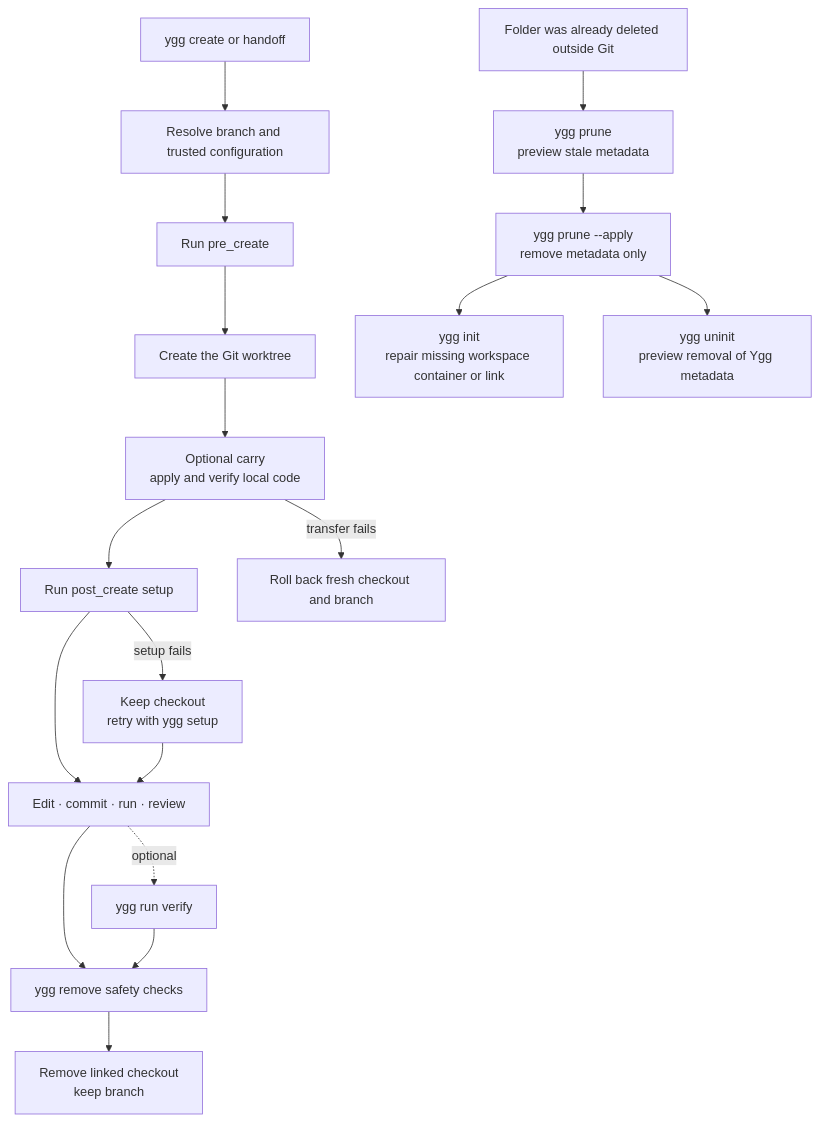
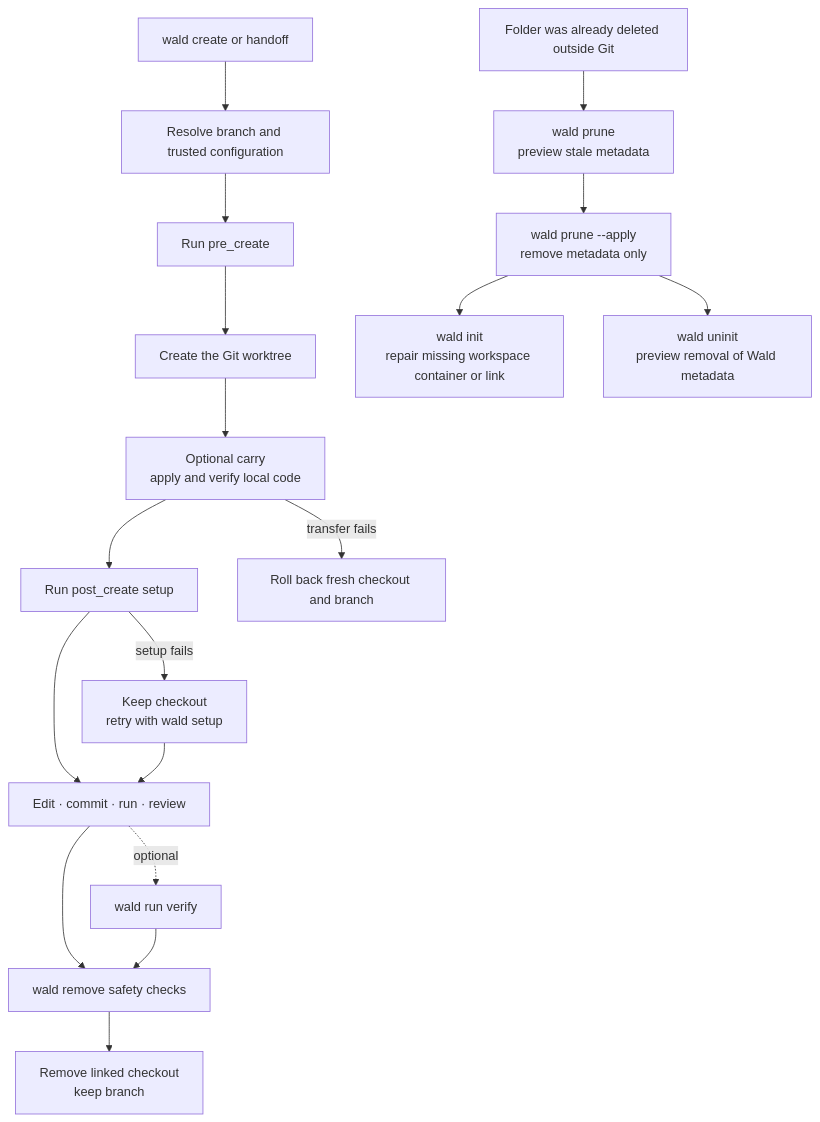
The third of 3 diagrams in docs/worktrees.md (phillippbertram/wald-worktree), drawn with Mermaid before and after one commit. The commit also changed other lines of this file and 90 other files, not shown here.

````diff
--- a/docs/worktrees.md
+++ b/docs/worktrees.md
@@ -234,22 +233,22 @@
 ```mermaid
 flowchart TB
-    Request["ygg create or handoff"] --> Resolve["Resolve branch and trusted configuration"]
+    Request["wald create or handoff"] --> Resolve["Resolve branch and trusted configuration"]
     Resolve --> Pre["Run pre_create"]
     Pre --> Add["Create the Git worktree"]
     Add --> Carry["Optional carry<br/>apply and verify local code"]
     Carry --> Post["Run post_create setup"]
     Carry -- transfer fails --> Rollback["Roll back fresh checkout and branch"]
     Post --> Ready["Edit · commit · run · review"]
-    Post -- setup fails --> Retry["Keep checkout<br/>retry with ygg setup"]
+    Post -- setup fails --> Retry["Keep checkout<br/>retry with wald setup"]
     Retry --> Ready
-    Ready --> Inspect["ygg remove safety checks"]
-    Ready -. optional .-> Verify["ygg run verify"]
+    Ready --> Inspect["wald remove safety checks"]
+    Ready -. optional .-> Verify["wald run verify"]
     Verify --> Inspect
     Inspect --> Remove["Remove linked checkout<br/>keep branch"]
 
-    Missing["Folder was already deleted outside Git"] --> Preview["ygg prune<br/>preview stale metadata"]
-    Preview --> Apply["ygg prune --apply<br/>remove metadata only"]
+    Missing["Folder was already deleted outside Git"] --> Preview["wald prune<br/>preview stale metadata"]
+    Preview --> Apply["wald prune --apply<br/>remove metadata only"]
 
-    Apply --> Repair["ygg init<br/>repair missing workspace container or link"]
-    Apply --> Uninit["ygg uninit<br/>preview removal of Ygg metadata"]
+    Apply --> Repair["wald init<br/>repair missing workspace container or link"]
+    Apply --> Uninit["wald uninit<br/>preview removal of Wald metadata"]
 ```
````
